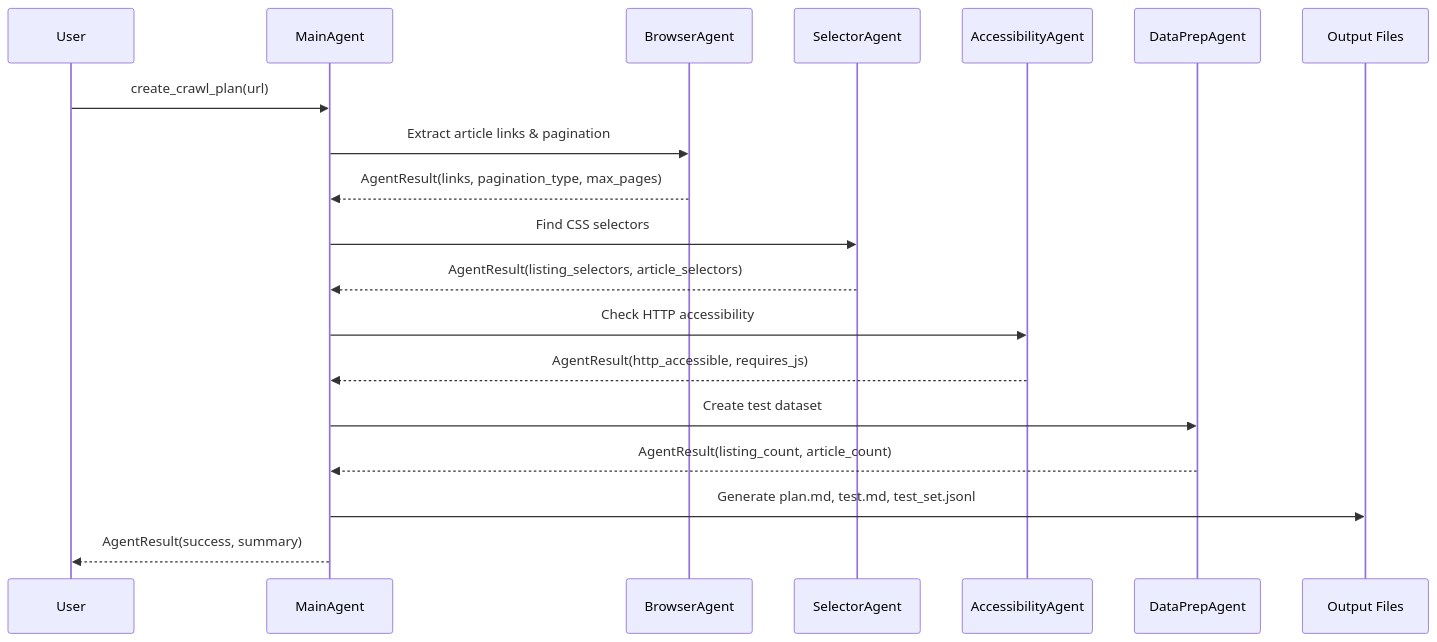
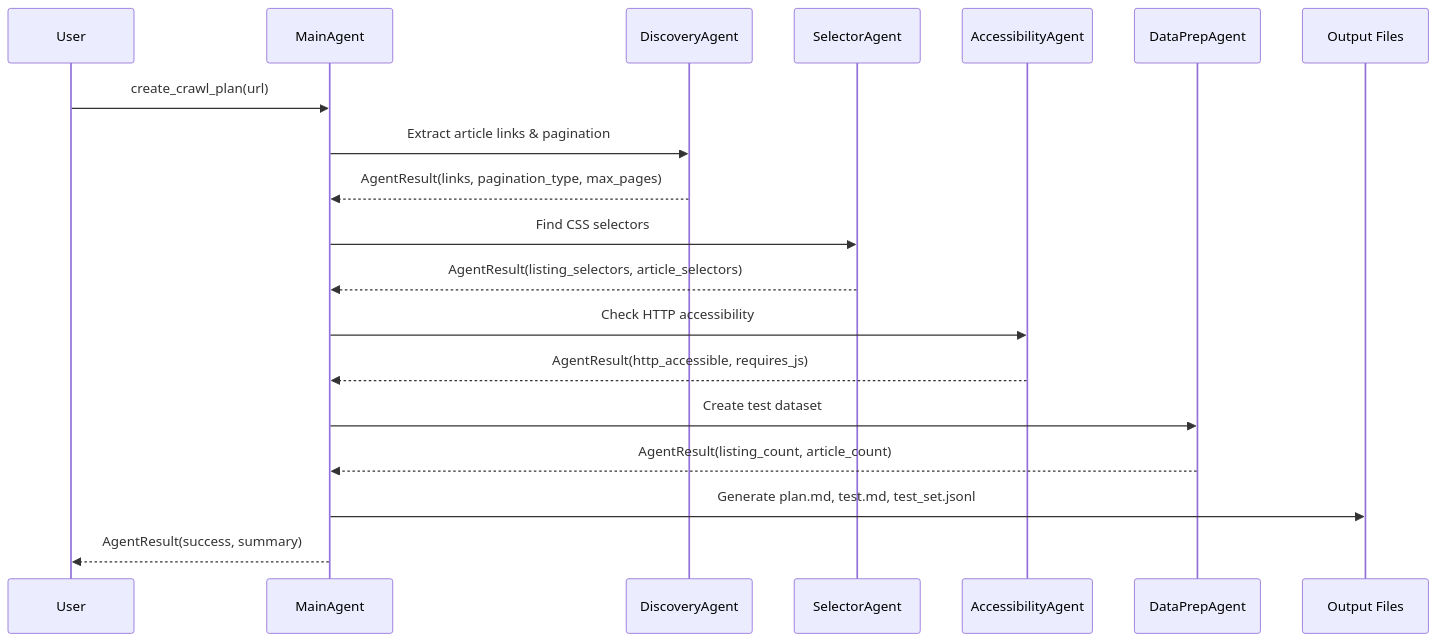
The fifth of 5 diagrams in docs/diagram.md (michalboryczko/crawler-generator-agent), drawn with Mermaid before and after one commit. The commit also changed other lines of this file and 57 other files, not shown here.

````diff
--- a/docs/diagram.md
+++ b/docs/diagram.md
@@ -195,27 +293,27 @@
 ```mermaid
 sequenceDiagram
     participant User
     participant Main as MainAgent
-    participant Browser as BrowserAgent
+    participant Discovery as DiscoveryAgent
     participant Selector as SelectorAgent
     participant Access as AccessibilityAgent
     participant DataPrep as DataPrepAgent
     participant Files as Output Files
 
     User->>Main: create_crawl_plan(url)
 
-    Main->>Browser: Extract article links & pagination
-    Browser-->>Main: AgentResult(links, pagination_type, max_pages)
+    Main->>Discovery: Extract article links & pagination
+    Discovery-->>Main: AgentResult(links, pagination_type, max_pages)
 
     Main->>Selector: Find CSS selectors
     Selector-->>Main: AgentResult(listing_selectors, article_selectors)
 
     Main->>Access: Check HTTP accessibility
     Access-->>Main: AgentResult(http_accessible, requires_js)
 
     Main->>DataPrep: Create test dataset
     DataPrep-->>Main: AgentResult(listing_count, article_count)
 
     Main->>Files: Generate plan.md, test.md, test_set.jsonl
     Main-->>User: AgentResult(success, summary)
 ```
````
